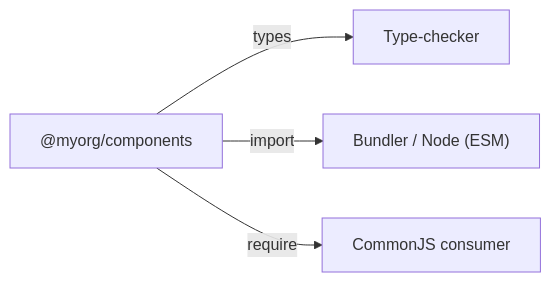
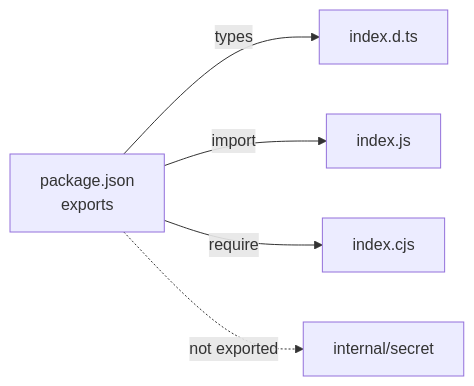
One commit to fmmenchi/dev-blog changed the fifth of 7 diagrams in apps/blog/content/drafts/can-i-import-this.mdx. Above: the diagram before and after it, drawn with Mermaid. The commit also changed other lines of this file and 10 other files, not shown here.

````diff
--- a/apps/blog/content/drafts/can-i-import-this.mdx
+++ b/apps/blog/content/drafts/can-i-import-this.mdx
@@ -50,7 +104,9 @@
 ```mermaid
 flowchart LR
-  P["@myorg/components"]:::accent
-  P -->|types| T["Type-checker"]
-  P -->|import| N["Bundler / Node (ESM)"]
-  P -->|require| J["CommonJS consumer"]
+  Pkg["package.json<br/>exports"]
+  Pkg -->|types| DTS["index.d.ts"]
+  Pkg -->|import| ESM["index.js"]
+  Pkg -->|require| CJS["index.cjs"]
+  Pkg -.->|not exported| Deep["internal/secret"]
+  Pkg:::accent
 ```
````
